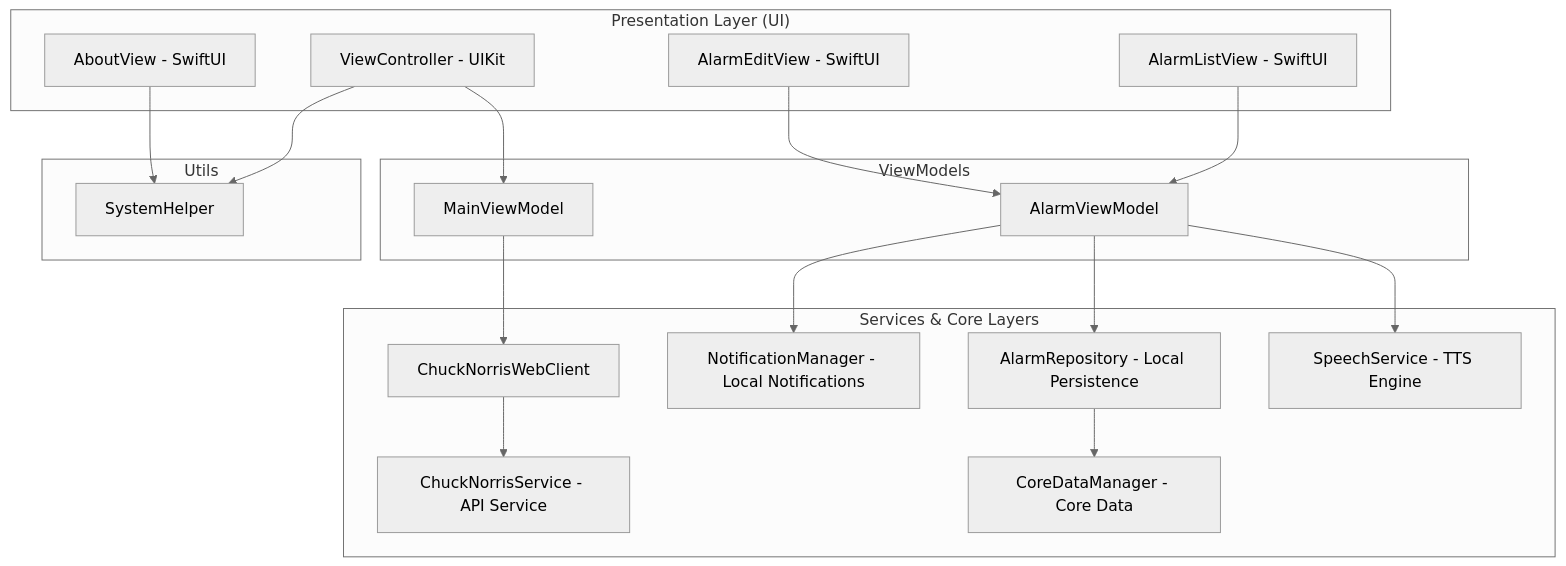
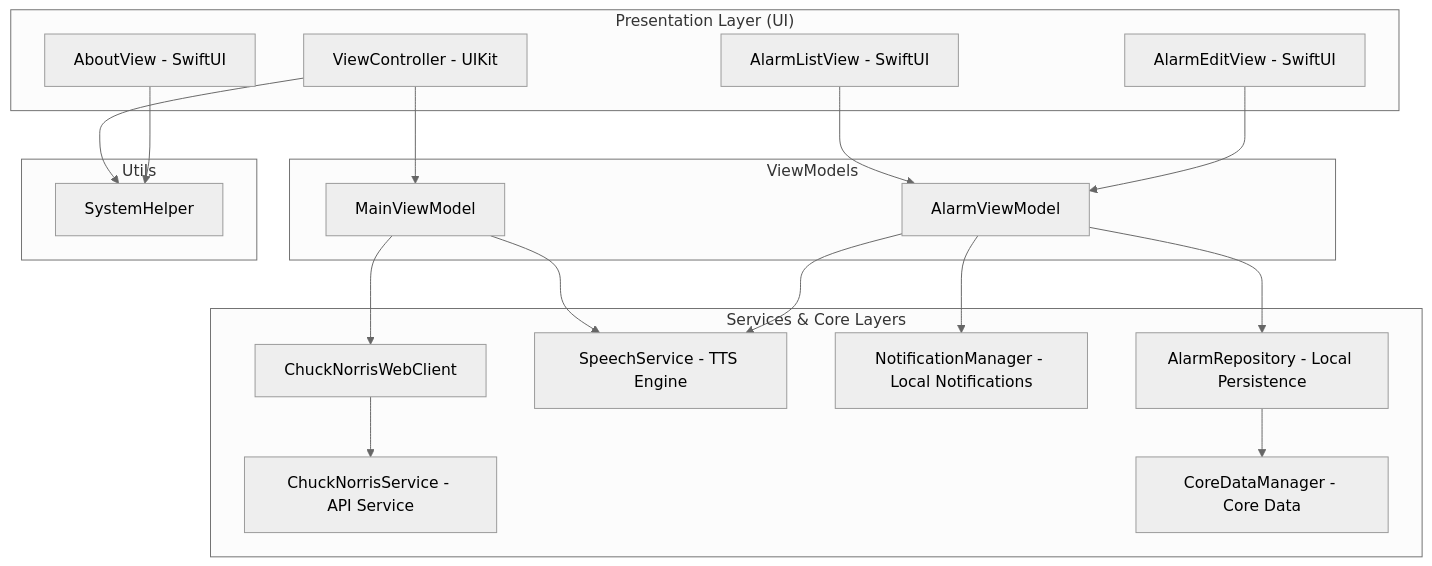
Before and after one commit to MatheusHenAlmeida/ChuckNorrisApp: the diagram in README.md, drawn with Mermaid (neutral theme).

````diff
--- a/README.md
+++ b/README.md
@@ -25,44 +25,46 @@
 ```mermaid
 graph TD
     subgraph UI ["Presentation Layer (UI)"]
+        AV[AboutView - SwiftUI]
         VC[ViewController - UIKit]
         ALV[AlarmListView - SwiftUI]
         AEV[AlarmEditView - SwiftUI]
-        AV[AboutView - SwiftUI]
     end
     
     subgraph ViewModels ["ViewModels"]
         MVM[MainViewModel]
         AVM[AlarmViewModel]
     end
     
     subgraph Services ["Services & Core Layers"]
         CS[ChuckNorrisService - API Service]
         WC[ChuckNorrisWebClient]
+        SS[SpeechService - TTS Engine]
         NM[NotificationManager - Local Notifications]
         AR[AlarmRepository - Local Persistence]
         CD[CoreDataManager - Core Data]
-        SS[SpeechService - TTS Engine]
+        
     end
     
     subgraph Utils ["Utils"]
         SH[SystemHelper]
     end
 
     %% UI to ViewModel / Helper relations
     VC --> MVM
     VC --> SH
     ALV --> AVM
     AEV --> AVM
     AV --> SH
     
     %% ViewModel relations
     MVM --> WC
+    MVM --> SS
     AVM --> AR
     AVM --> NM
     AVM --> SS
     
     %% Service & Data relations
     WC --> CS
     AR --> CD
 ```
````
